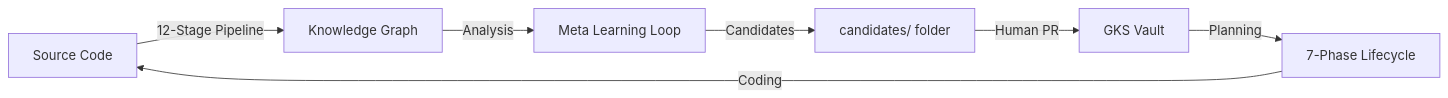
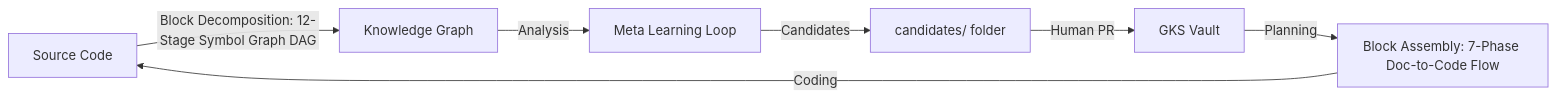
Before and after one commit to Freshair129/msp: the diagram in docs/gks/SPEC--MLL.md, drawn with Mermaid. The commit also changed other lines of this file and 10 other files, not shown here.

````diff
--- a/docs/gks/SPEC--MLL.md
+++ b/docs/gks/SPEC--MLL.md
@@ -11,9 +11,9 @@
 ```mermaid
 graph LR
-    Code[Source Code] -->|12-Stage Pipeline| Graph[Knowledge Graph]
+    Code[Source Code] -->|Block Decomposition: 12-Stage Symbol Graph DAG| Graph[Knowledge Graph]
     Graph -->|Analysis| MLL[Meta Learning Loop]
     MLL -->|Candidates| Staging[candidates/ folder]
     Staging -->|Human PR| GKS[GKS Vault]
-    GKS -->|Planning| 7P[7-Phase Lifecycle]
+    GKS -->|Planning| 7P[Block Assembly: 7-Phase Doc-to-Code Flow]
     7P -->|Coding| Code
 ```
````
